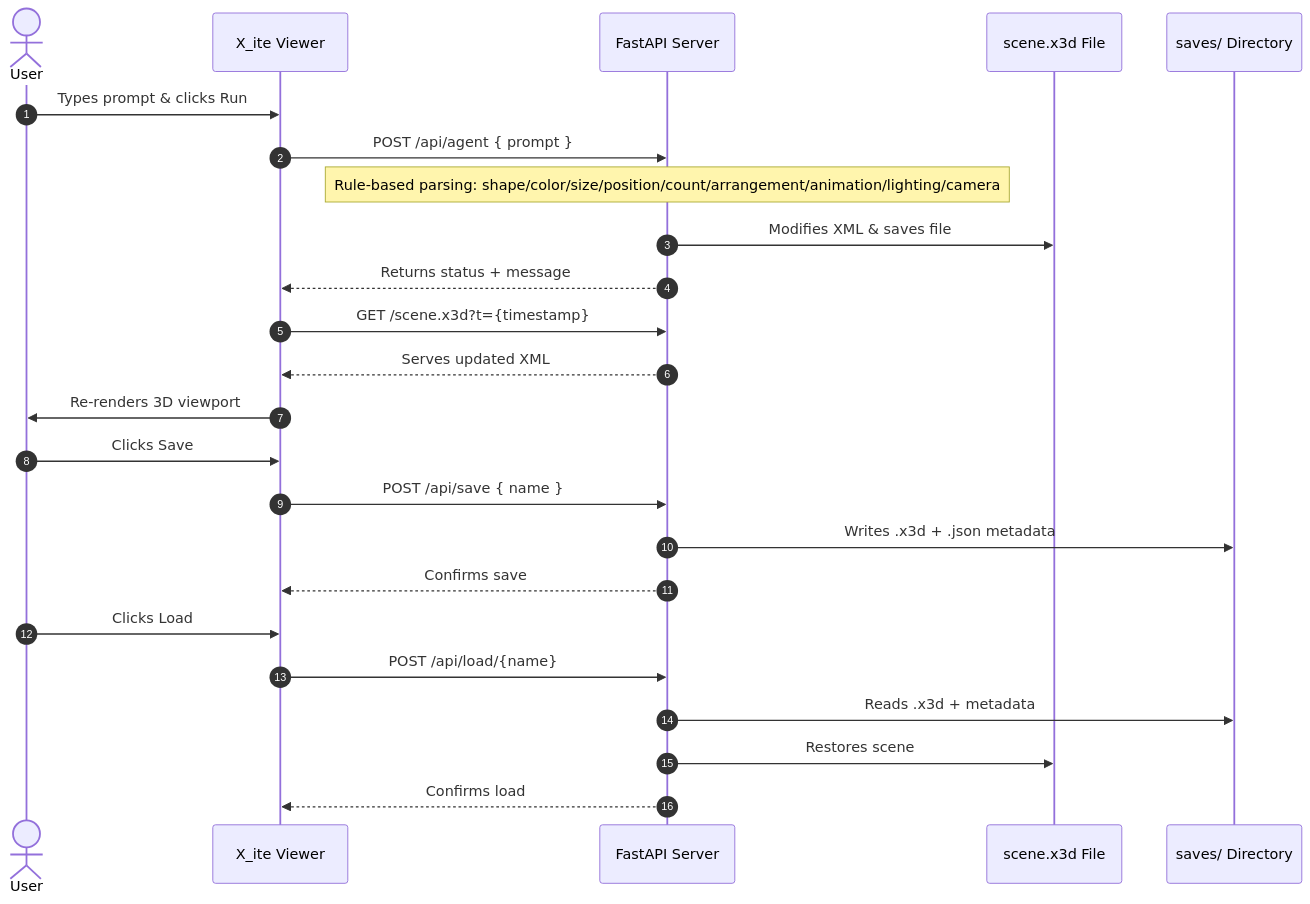
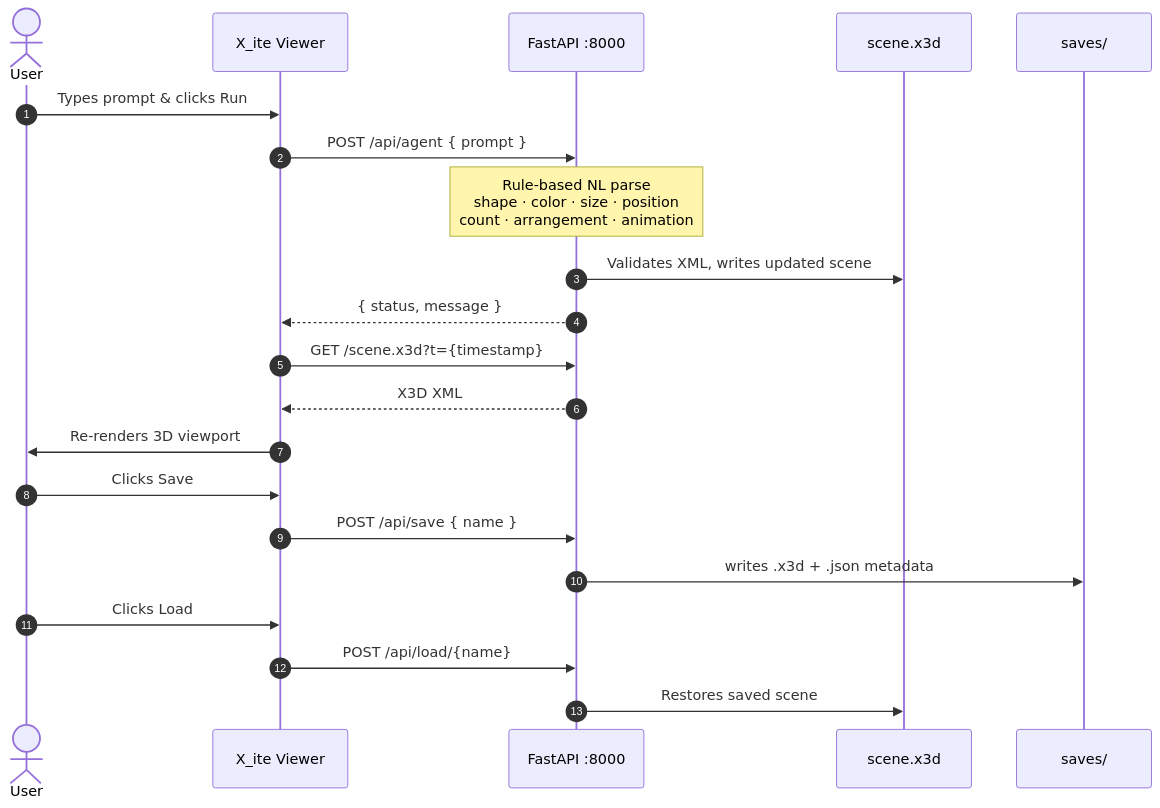
Before and after one commit to subunits/AI-x3d: the first of 5 diagrams in README.md, drawn with Mermaid. The commit also changed other lines of this file and 1 other file, not shown here.

````diff
--- a/README.md
+++ b/README.md
@@ -16,29 +36,26 @@
 ```mermaid
 sequenceDiagram
     autonumber
     actor User
     participant Browser as X_ite Viewer
-    participant API as FastAPI Server
-    participant File as scene.x3d File
-    participant Saves as saves/ Directory
+    participant API as FastAPI :8000
+    participant File as scene.x3d
+    participant Saves as saves/
 
     User->>Browser: Types prompt & clicks Run
     Browser->>API: POST /api/agent { prompt }
-    Note over API: Rule-based parsing: shape/color/size/position/count/arrangement/animation/lighting/camera
-    API->>File: Modifies XML & saves file
-    API-->>Browser: Returns status + message
+    Note over API: Rule-based NL parse<br/>shape · color · size · position<br/>count · arrangement · animation
+    API->>File: Validates XML, writes updated scene
+    API-->>Browser: { status, message }
     Browser->>API: GET /scene.x3d?t={timestamp}
-    API-->>Browser: Serves updated XML
+    API-->>Browser: X3D XML
     Browser->>User: Re-renders 3D viewport
 
     User->>Browser: Clicks Save
     Browser->>API: POST /api/save { name }
-    API->>Saves: Writes .x3d + .json metadata
-    API-->>Browser: Confirms save
+    API->>Saves: writes .x3d + .json metadata
 
     User->>Browser: Clicks Load
     Browser->>API: POST /api/load/{name}
-    API->>Saves: Reads .x3d + metadata
-    API->>File: Restores scene
-    API-->>Browser: Confirms load
+    API->>File: Restores saved scene
 ```
````
